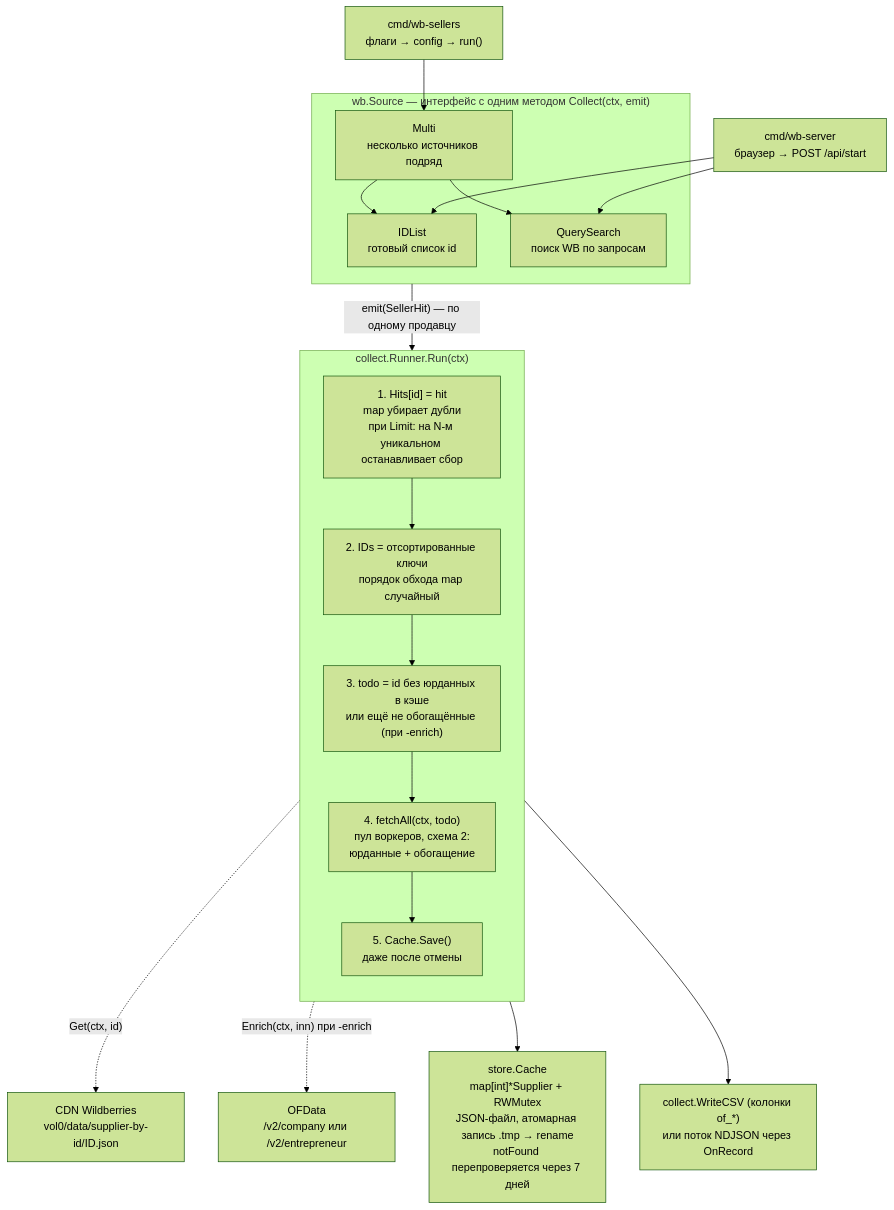
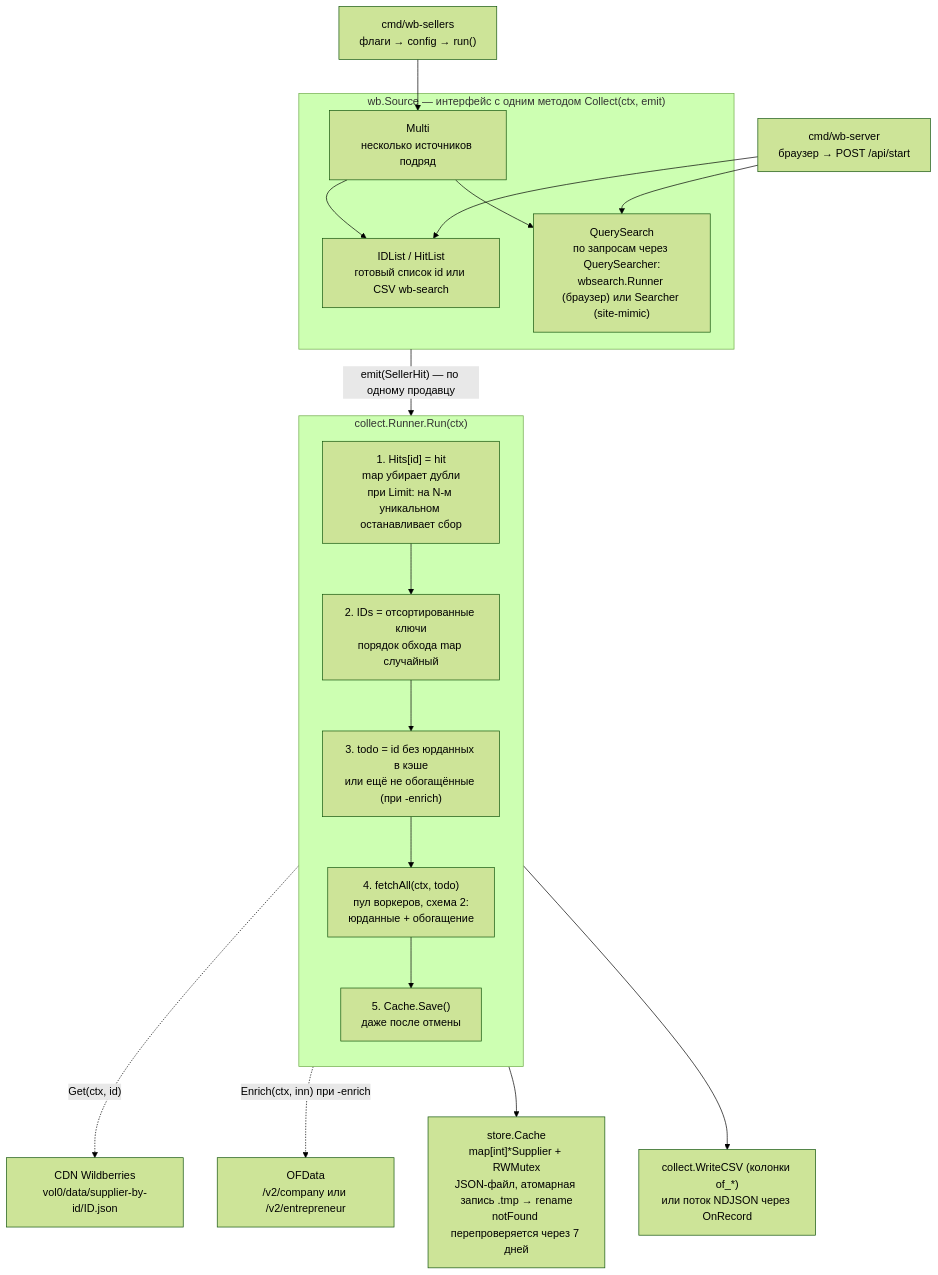
Before and after one commit to OkaneKatsuro/go-wb: the second of 7 diagrams in README.md, drawn with Mermaid (forest theme). The commit also changed other lines of this file and 9 other files, not shown here.

First line of the commit message:
Поиск по запросам бесшовно: конвейер сам запускает wb-search

````diff
--- a/README.md
+++ b/README.md
@@ -54,34 +66,34 @@
 ```mermaid
 flowchart TD
     CLI["cmd/wb-sellers<br/>флаги → config → run()"]
     SRV["cmd/wb-server<br/>браузер → POST /api/start"]
 
     subgraph SOURCE["wb.Source — интерфейс с одним методом Collect(ctx, emit)"]
-        IDL["IDList<br/>готовый список id"]
-        QS["QuerySearch<br/>поиск WB по запросам"]
+        IDL["IDList / HitList<br/>готовый список id или CSV wb-search"]
+        QS["QuerySearch<br/>по запросам через QuerySearcher:<br/>wbsearch.Runner (браузер) или Searcher (site-mimic)"]
         MULTI["Multi<br/>несколько источников подряд"]
     end
 
     CLI --> MULTI
     MULTI --> IDL
     MULTI --> QS
     SRV --> IDL
     SRV --> QS
 
     SOURCE -->|"emit(SellerHit) — по одному продавцу"| RUN
 
     subgraph RUN["collect.Runner.Run(ctx)"]
         direction TB
         H["1. Hits[id] = hit<br/>map убирает дубли<br/>при Limit: на N-м уникальном останавливает сбор"]
         I["2. IDs = отсортированные ключи<br/>порядок обхода map случайный"]
         T["3. todo = id без юрданных в кэше<br/>или ещё не обогащённые (при -enrich)"]
         F["4. fetchAll(ctx, todo)<br/>пул воркеров, схема 2:<br/>юрданные + обогащение"]
         S["5. Cache.Save()<br/>даже после отмены"]
         H --> I --> T --> F --> S
     end
 
     RUN --> CACHE["store.Cache<br/>map[int]*Supplier + RWMutex<br/>JSON-файл, атомарная запись .tmp → rename<br/>notFound перепроверяется через 7 дней"]
     RUN --> CSV["collect.WriteCSV (колонки of_*)<br/>или поток NDJSON через OnRecord"]
     F -.->|"Get(ctx, id)"| CDN["CDN Wildberries<br/>vol0/data/supplier-by-id/ID.json"]
     F -.->|"Enrich(ctx, inn) при -enrich"| OFD["OFData<br/>/v2/company или /v2/entrepreneur"]
 ```
````
